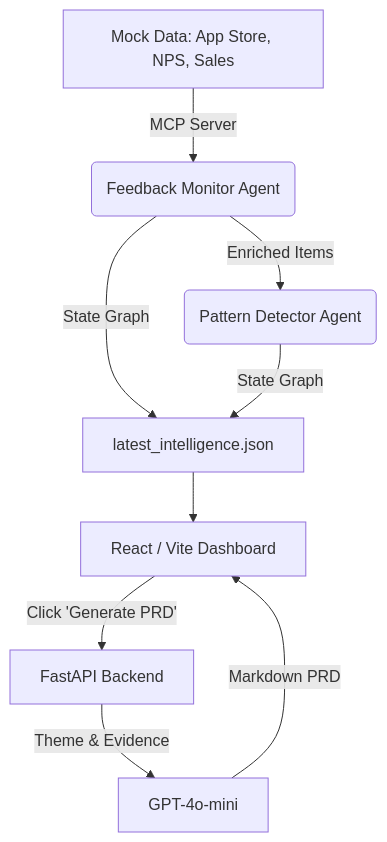
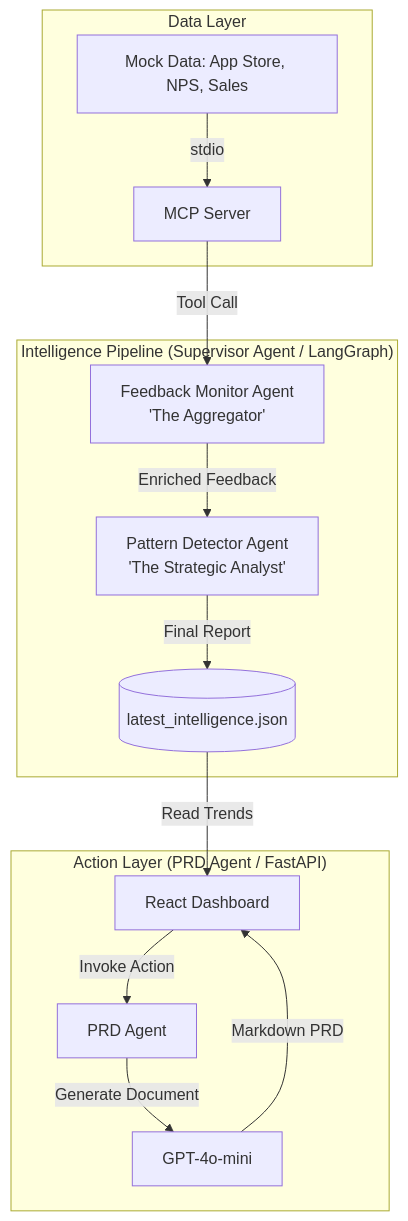
The diagram in projects/02-feedback-loop-agent/README.md (prasenjeet-jena/ai-agent-portfolio), drawn with Mermaid before and after one commit. The commit also changed other lines of this file, not shown here.

````diff
--- a/projects/02-feedback-loop-agent/README.md
+++ b/projects/02-feedback-loop-agent/README.md
@@ -44,10 +44,19 @@
 ```mermaid
 graph TD
-    A[Mock Data: App Store, NPS, Sales] -->|MCP Server| B(Feedback Monitor Agent)
-    B -->|Enriched Items| C(Pattern Detector Agent)
-    B & C -->|State Graph| D[latest_intelligence.json]
-    D --> E[React / Vite Dashboard]
-    E -->|Click 'Generate PRD'| F[FastAPI Backend]
-    F -->|Theme & Evidence| G[GPT-4o-mini]
-    G -->|Markdown PRD| E
+    subgraph "Data Layer"
+        A[Mock Data: App Store, NPS, Sales] -->|stdio| B[MCP Server]
+    end
+
+    subgraph "Intelligence Pipeline (Supervisor Agent / LangGraph)"
+        B -->|Tool Call| C[Feedback Monitor Agent<br/>'The Aggregator']
+        C -->|Enriched Feedback| D[Pattern Detector Agent<br/>'The Strategic Analyst']
+        D -->|Final Report| E[(latest_intelligence.json)]
+    end
+
+    subgraph "Action Layer (PRD Agent / FastAPI)"
+        F[React Dashboard] -->|Invoke Action| G[PRD Agent]
+        E -->|Read Trends| F
+        G -->|Generate Document| H[GPT-4o-mini]
+        H -->|Markdown PRD| F
+    end
 ```
````
